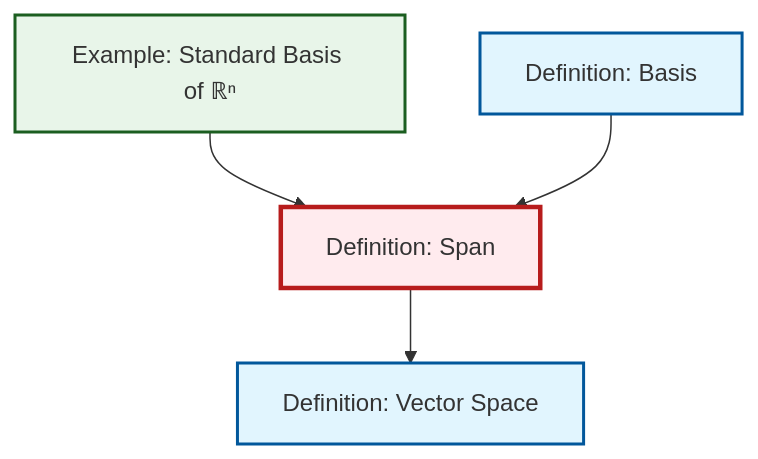
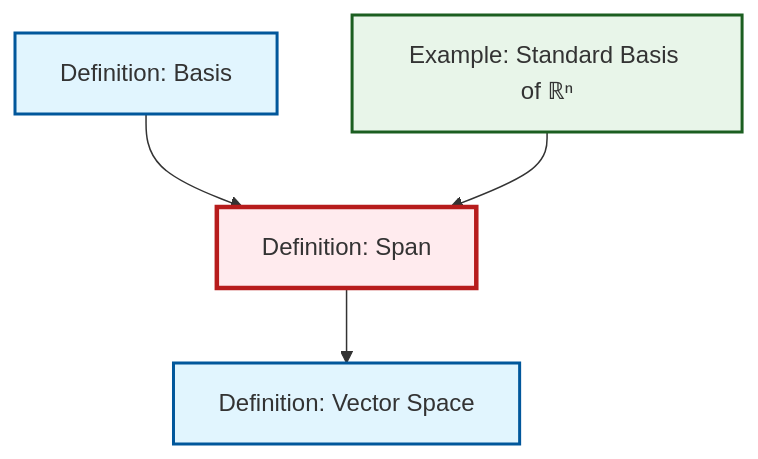
The diagram in content/ja/algebra/def-span.qmd (RK0429/ModernMath), drawn with Mermaid before and after one commit. The commit also changed other lines of this file and 581 other files, not shown here.

````diff
--- a/content/ja/algebra/def-span.qmd
+++ b/content/ja/algebra/def-span.qmd
@@ -48,20 +48,20 @@
 ```{mermaid}
 %%| fig-cap: "Local dependency graph"
 graph TD
     classDef definition fill:#e1f5fe,stroke:#01579b,stroke-width:2px
     classDef theorem fill:#f3e5f5,stroke:#4a148c,stroke-width:2px
     classDef axiom fill:#fff3e0,stroke:#e65100,stroke-width:2px
     classDef example fill:#e8f5e9,stroke:#1b5e20,stroke-width:2px
     classDef current fill:#ffebee,stroke:#b71c1c,stroke-width:3px
+    def-vector-space["Definition: Vector Space"]:::definition
+    def-span["Definition: Span"]:::definition
     ex-standard-basis-rn["Example: Standard Basis of ℝⁿ"]:::example
-    def-vector-space["Definition: Vector Space"]:::definition
     def-basis["Definition: Basis"]:::definition
-    def-span["Definition: Span"]:::definition
     def-span --> def-vector-space
+    def-basis --> def-span
     ex-standard-basis-rn --> def-span
-    def-basis --> def-span
     class def-span current
+    click def-vector-space "def-vector-space.html" "Definition: Vector Spaceへ"
     click ex-standard-basis-rn "ex-standard-basis-rn.html" "Example: Standard Basis of ℝⁿへ"
-    click def-vector-space "def-vector-space.html" "Definition: Vector Spaceへ"
     click def-basis "def-basis.html" "Definition: Basisへ"
 ```
````
